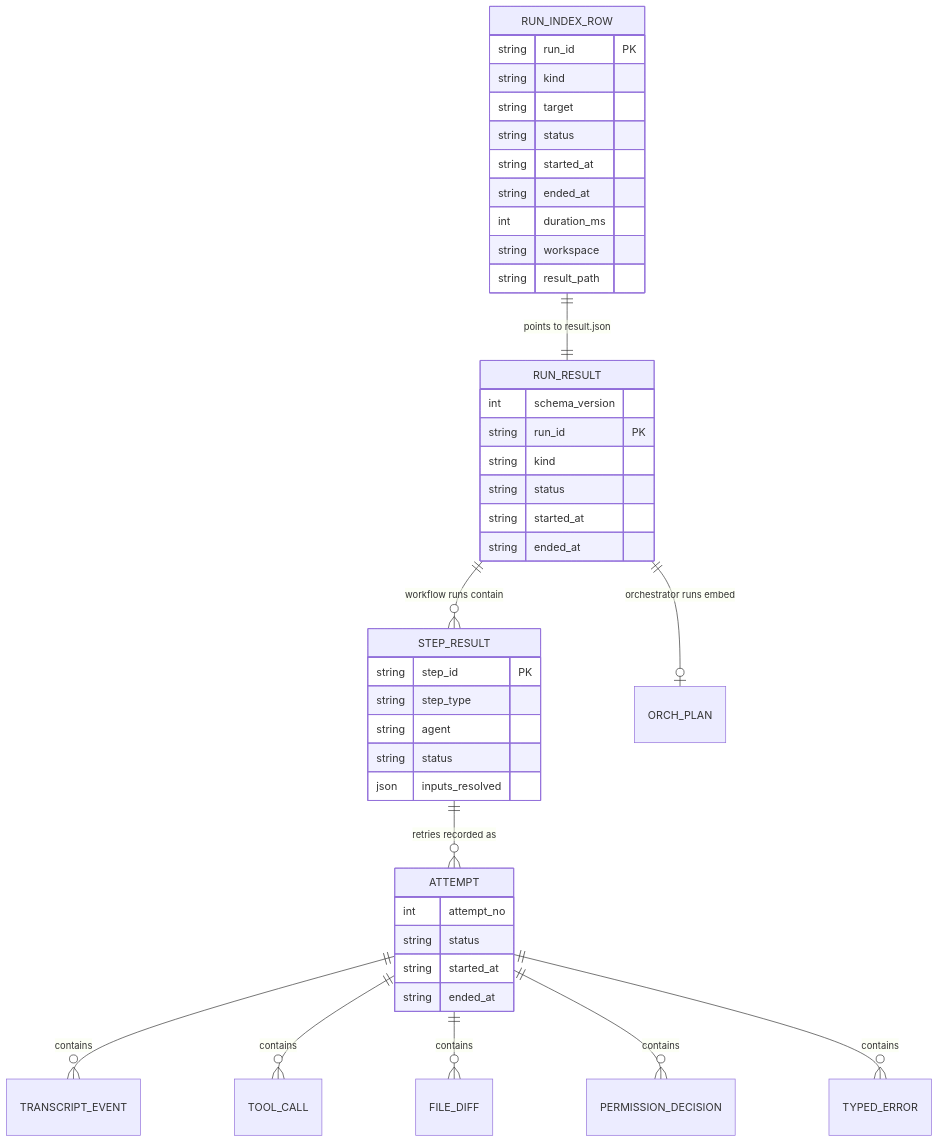
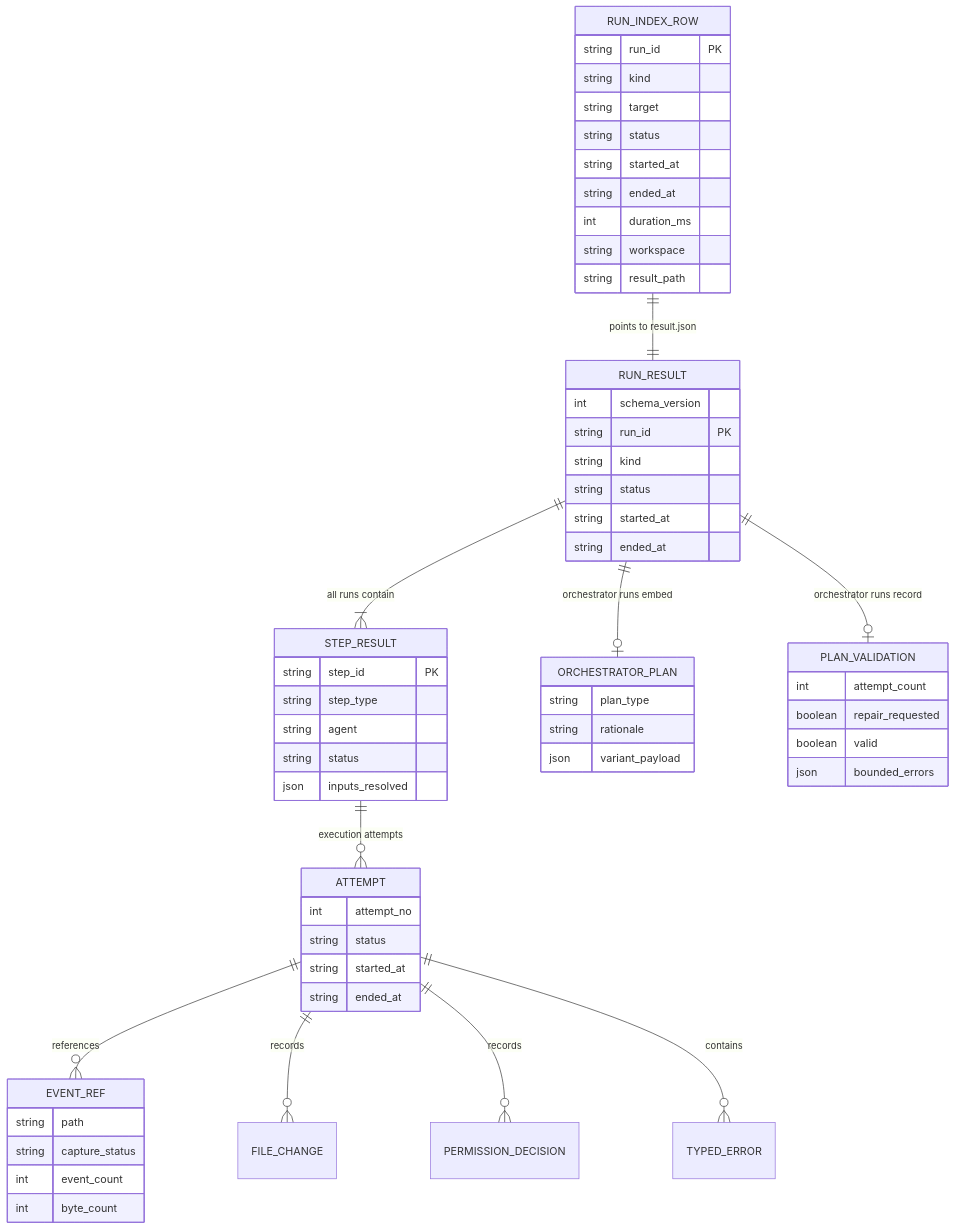
The fourth of 5 diagrams in specs/ziggy-mvp-SPEC.md (sequenzia/ziggy), drawn with Mermaid before and after one commit. The commit also changed other lines of this file, not shown here.

````diff
--- a/specs/ziggy-mvp-SPEC.md
+++ b/specs/ziggy-mvp-SPEC.md
@@ -593,45 +716,62 @@
 ```mermaid
 erDiagram
     RUN_INDEX_ROW ||--|| RUN_RESULT : "points to result.json"
-    RUN_RESULT ||--o{ STEP_RESULT : "workflow runs contain"
-    RUN_RESULT ||--o| ORCH_PLAN : "orchestrator runs embed"
-    STEP_RESULT ||--o{ ATTEMPT : "retries recorded as"
-    ATTEMPT ||--o{ TRANSCRIPT_EVENT : contains
-    ATTEMPT ||--o{ TOOL_CALL : contains
-    ATTEMPT ||--o{ FILE_DIFF : contains
-    ATTEMPT ||--o{ PERMISSION_DECISION : contains
+    RUN_RESULT ||--|{ STEP_RESULT : "all runs contain"
+    RUN_RESULT ||--o| ORCHESTRATOR_PLAN : "orchestrator runs embed"
+    RUN_RESULT ||--o| PLAN_VALIDATION : "orchestrator runs record"
+    STEP_RESULT ||--o{ ATTEMPT : "execution attempts"
+    ATTEMPT ||--o{ EVENT_REF : references
+    ATTEMPT ||--o{ FILE_CHANGE : records
+    ATTEMPT ||--o{ PERMISSION_DECISION : records
     ATTEMPT ||--o{ TYPED_ERROR : contains
 
     RUN_INDEX_ROW {
         string run_id PK
         string kind
         string target
         string status
         string started_at
         string ended_at
         int duration_ms
         string workspace
         string result_path
     }
     RUN_RESULT {
         int schema_version
         string run_id PK
         string kind
         string status
         string started_at
         string ended_at
     }
     STEP_RESULT {
         string step_id PK
         string step_type
         string agent
         string status
         json inputs_resolved
     }
     ATTEMPT {
         int attempt_no
         string status
         string started_at
         string ended_at
     }
+    EVENT_REF {
+        string path
+        string capture_status
+        int event_count
+        int byte_count
+    }
+    ORCHESTRATOR_PLAN {
+        string plan_type
+        string rationale
+        json variant_payload
+    }
+    PLAN_VALIDATION {
+        int attempt_count
+        boolean repair_requested
+        boolean valid
+        json bounded_errors
+    }
 ```
````
